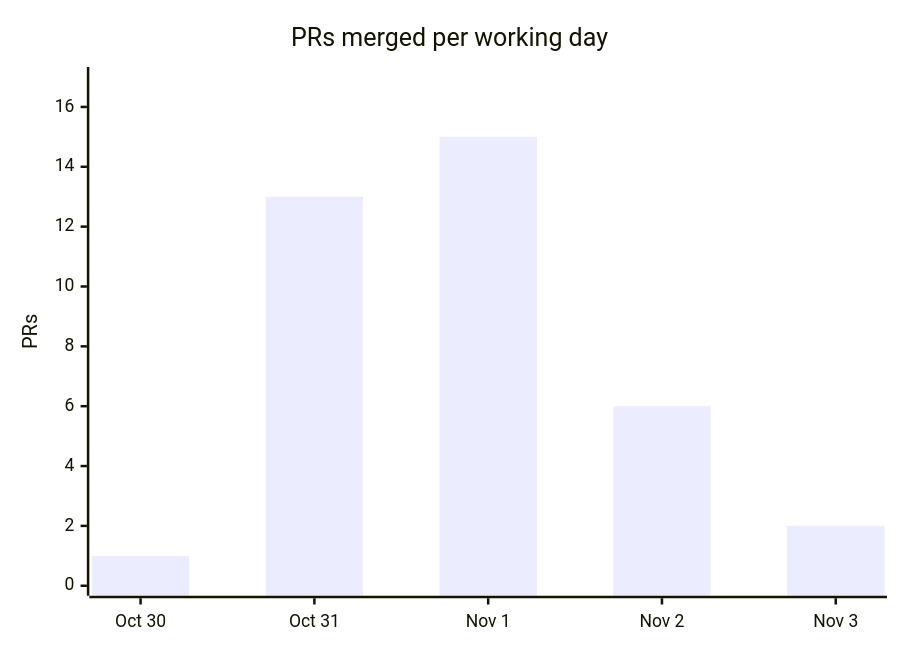
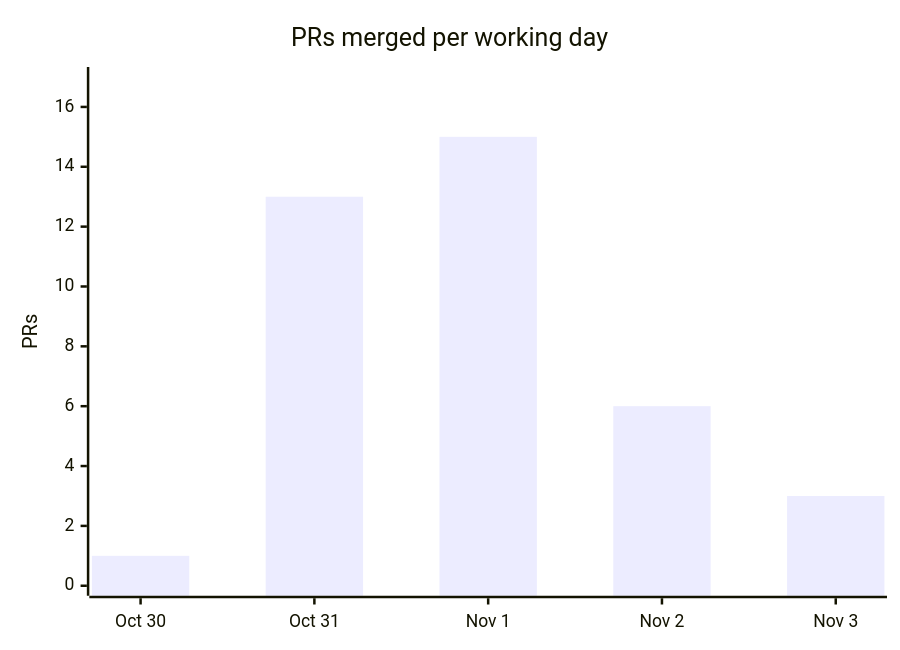
One commit to cmprssd/nfsh changed the fourth of 4 diagrams in docs/OVERVIEW.md. Above: the diagram before and after it, drawn with Mermaid. The commit also changed other lines of this file and 12 other files, not shown here.

````diff
--- a/docs/OVERVIEW.md
+++ b/docs/OVERVIEW.md
@@ -139,7 +139,7 @@
 ```mermaid
 xychart-beta
     title "PRs merged per working day"
     x-axis ["Oct 30", "Oct 31", "Nov 1", "Nov 2", "Nov 3"]
     y-axis "PRs" 0 --> 17
-    bar [1, 13, 15, 6, 2]
+    bar [1, 13, 15, 6, 3]
 ```
````
